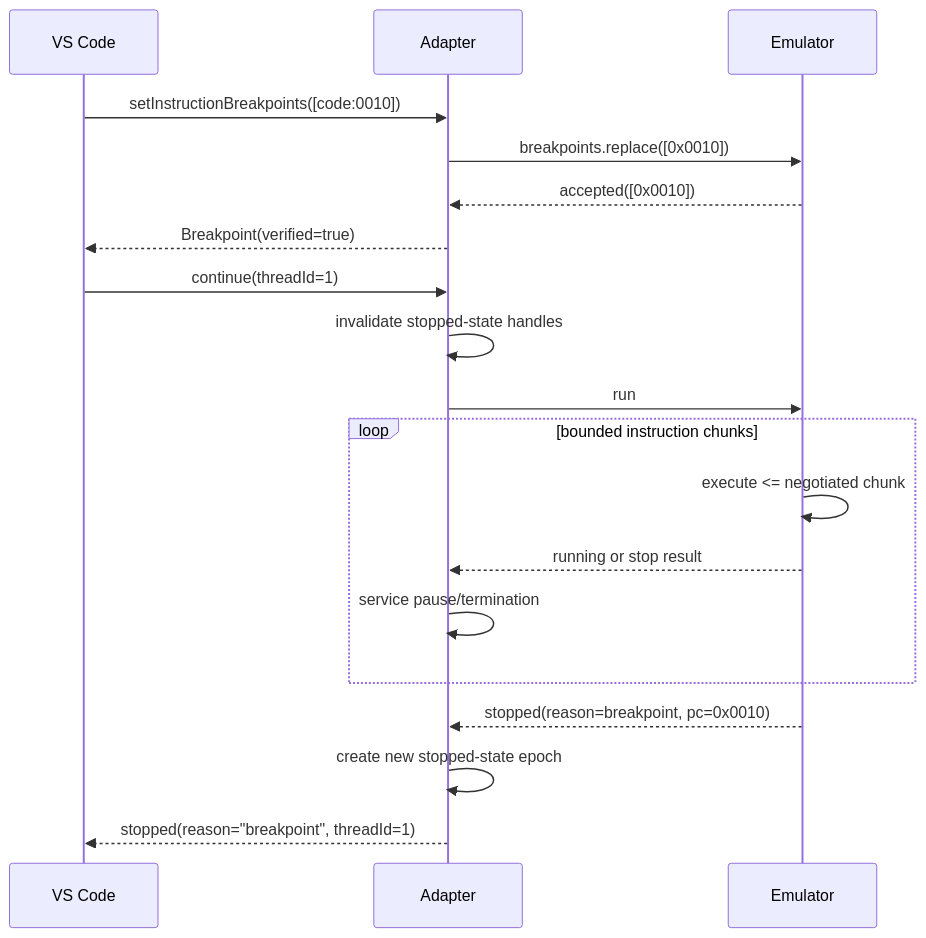
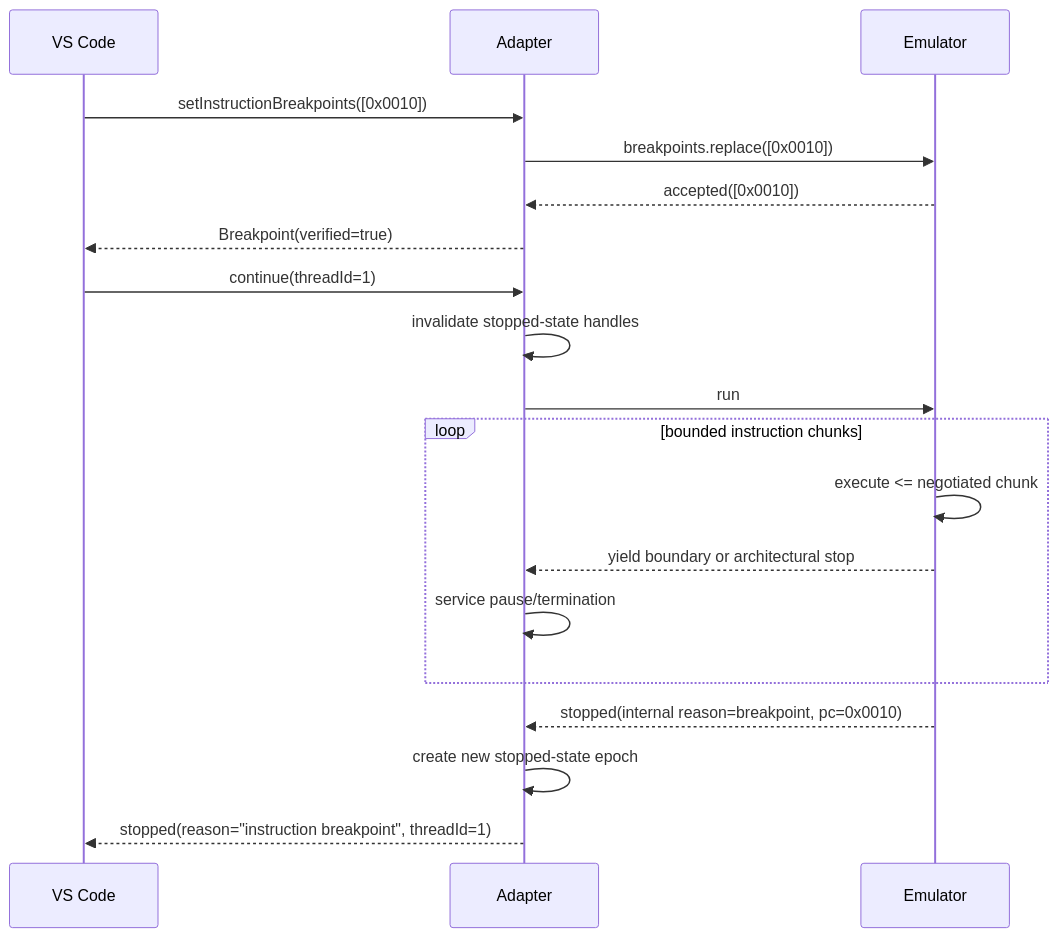
Before and after one commit to Hans-Einar/emuSA80535-DAP: the third of 7 diagrams in SDP/04--Architecture/DAP-ARCH-001.md, drawn with Mermaid. The commit also changed other lines of this file and 11 other files, not shown here.

````diff
--- a/SDP/04--Architecture/DAP-ARCH-001.md
+++ b/SDP/04--Architecture/DAP-ARCH-001.md
@@ -78,21 +78,21 @@
 ```mermaid
 sequenceDiagram
     participant V as VS Code
     participant A as Adapter
     participant E as Emulator
-    V->>A: setInstructionBreakpoints([code:0010])
+    V->>A: setInstructionBreakpoints([0x0010])
     A->>E: breakpoints.replace([0x0010])
     E-->>A: accepted([0x0010])
     A-->>V: Breakpoint(verified=true)
     V->>A: continue(threadId=1)
     A->>A: invalidate stopped-state handles
     A->>E: run
     loop bounded instruction chunks
         E->>E: execute <= negotiated chunk
-        E-->>A: running or stop result
+        E-->>A: yield boundary or architectural stop
         A->>A: service pause/termination
     end
-    E-->>A: stopped(reason=breakpoint, pc=0x0010)
+    E-->>A: stopped(internal reason=breakpoint, pc=0x0010)
     A->>A: create new stopped-state epoch
-    A-->>V: stopped(reason="breakpoint", threadId=1)
+    A-->>V: stopped(reason="instruction breakpoint", threadId=1)
 ```
````
